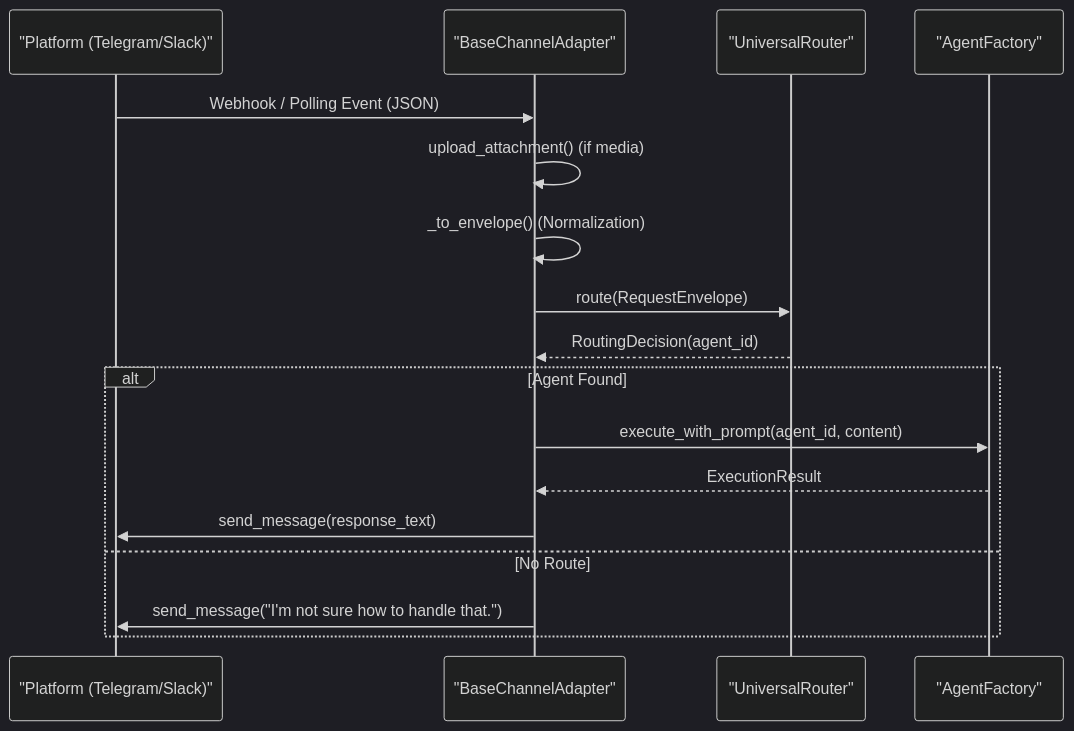
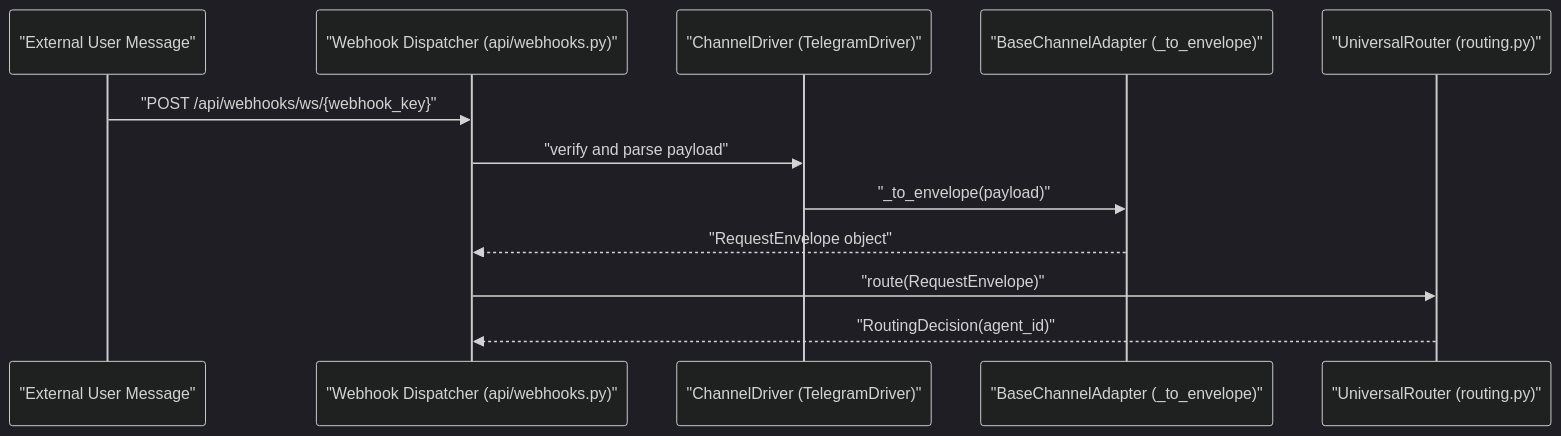
One commit to AutomatosAI/automatos-ai changed the second of 2 diagrams in docs/channel-integrations/channel-architecture.md. Above: the diagram before and after it, drawn with Mermaid (dark theme). The commit also changed other lines of this file and 191 other files, not shown here.

````diff
--- a/docs/channel-integrations/channel-architecture.md
+++ b/docs/channel-integrations/channel-architecture.md
@@ -154,21 +121,15 @@
 ```mermaid
 sequenceDiagram
-    participant P as "Platform (Telegram/Slack)"
-    participant A as "BaseChannelAdapter"
-    participant R as "UniversalRouter"
-    participant F as "AgentFactory"
-    
-    P->>A: Webhook / Polling Event (JSON)
-    A->>A: upload_attachment() (if media)
-    A->>A: _to_envelope() (Normalization)
-    A->>R: route(RequestEnvelope)
-    R-->>A: RoutingDecision(agent_id)
-    
-    alt Agent Found
-        A->>F: execute_with_prompt(agent_id, content)
-        F-->>A: ExecutionResult
-        A->>P: send_message(response_text)
-    else No Route
-        A->>P: send_message("I'm not sure how to handle that.")
-    end
+    participant NL as "External User Message"
+    participant WH as "Webhook Dispatcher (api/webhooks.py)"
+    participant DR as "ChannelDriver (TelegramDriver)"
+    participant AD as "BaseChannelAdapter (_to_envelope)"
+    participant UR as "UniversalRouter (routing.py)"
+
+    NL->>WH: "POST /api/webhooks/ws/{webhook_key}"
+    WH->>DR: "verify and parse payload"
+    DR->>AD: "_to_envelope(payload)"
+    AD-->>WH: "RequestEnvelope object"
+    WH->>UR: "route(RequestEnvelope)"
+    UR-->>WH: "RoutingDecision(agent_id)"
 ```
````
